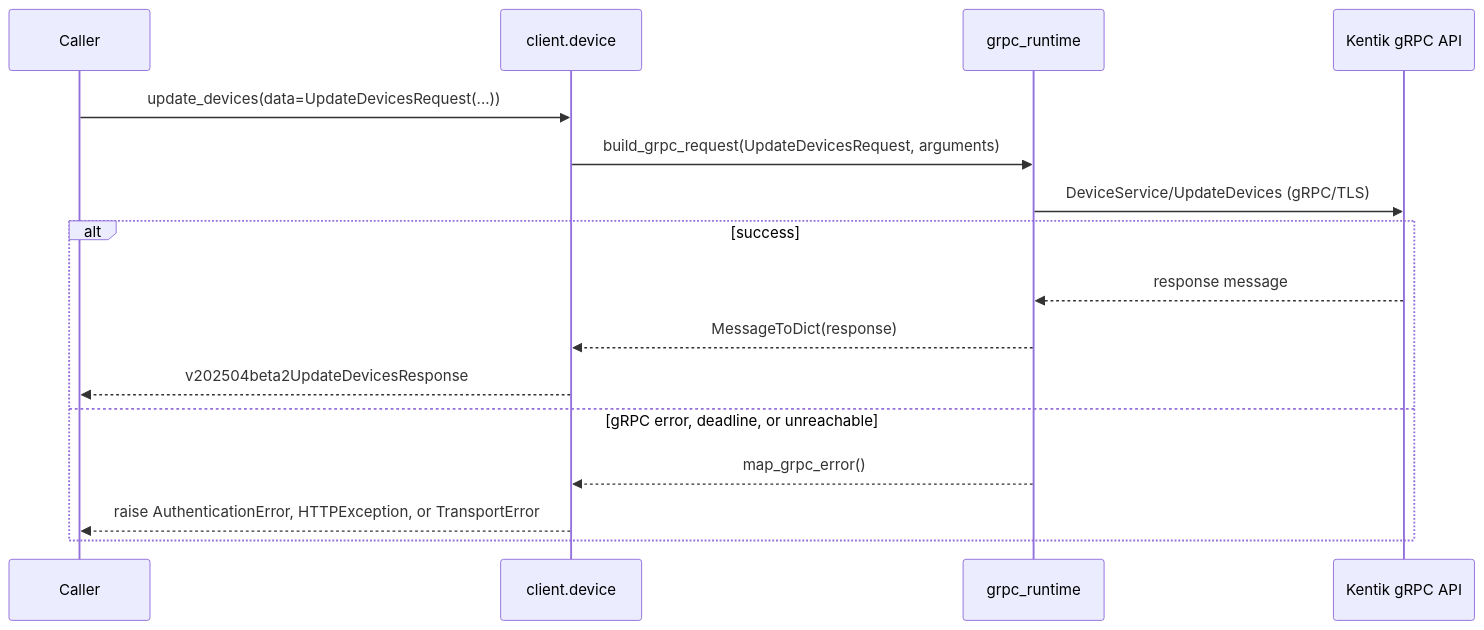
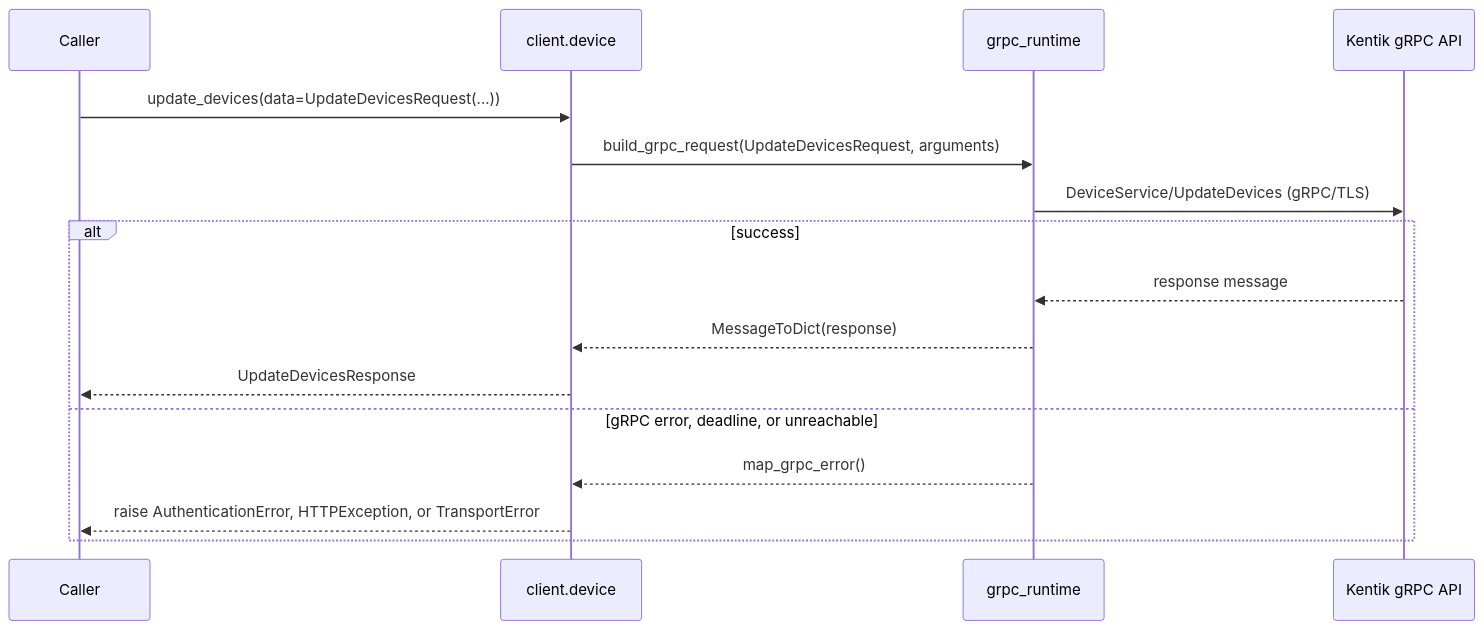
Before and after one commit to alexdearaujo/community_sdk_python: diagram 11 of 22 in docs/sphinx/services/device.md, drawn with Mermaid. The commit also changed other lines of this file and 38 other files, not shown here.

````diff
--- a/docs/sphinx/services/device.md
+++ b/docs/sphinx/services/device.md
@@ -362,19 +362,19 @@
 ```mermaid
 sequenceDiagram
     participant C as Caller
     participant W as client.device
     participant R as grpc_runtime
     participant API as Kentik gRPC API
 
     C->>W: update_devices(data=UpdateDevicesRequest(...))
     W->>R: build_grpc_request(UpdateDevicesRequest, arguments)
     R->>API: DeviceService/UpdateDevices (gRPC/TLS)
     alt success
         API-->>R: response message
         R-->>W: MessageToDict(response)
-        W-->>C: v202504beta2UpdateDevicesResponse
+        W-->>C: UpdateDevicesResponse
     else gRPC error, deadline, or unreachable
         R-->>W: map_grpc_error()
         W-->>C: raise AuthenticationError, HTTPException, or TransportError
     end
 ```
````
